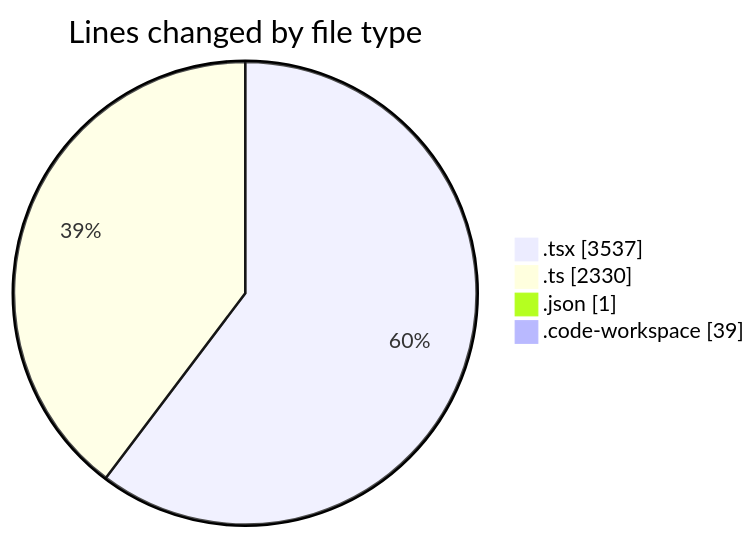
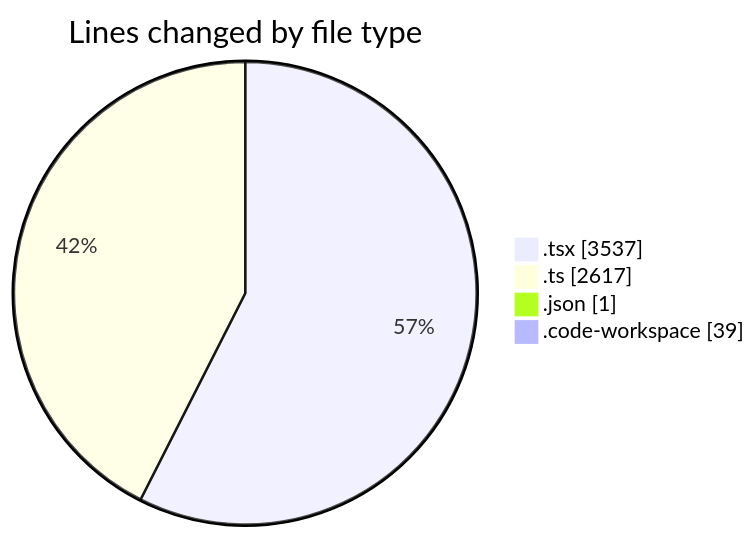
One commit to julien-gomy/code-tracking changed the first of 2 diagrams in 2025-10-08/eventscop-frontend-guide__workspace_/README.md. Above: the diagram before and after it, drawn with Mermaid. The commit also changed other lines of this file and 1 other file, not shown here.

````diff
--- a/2025-10-08/eventscop-frontend-guide__workspace_/README.md
+++ b/2025-10-08/eventscop-frontend-guide__workspace_/README.md
@@ -47,8 +49,8 @@
 ```mermaid
 pie showData
 title Lines changed by file type
 ".tsx" : 3537
-".ts" : 2330
+".ts" : 2617
 ".json" : 1
 ".code-workspace" : 39
 ```
````
